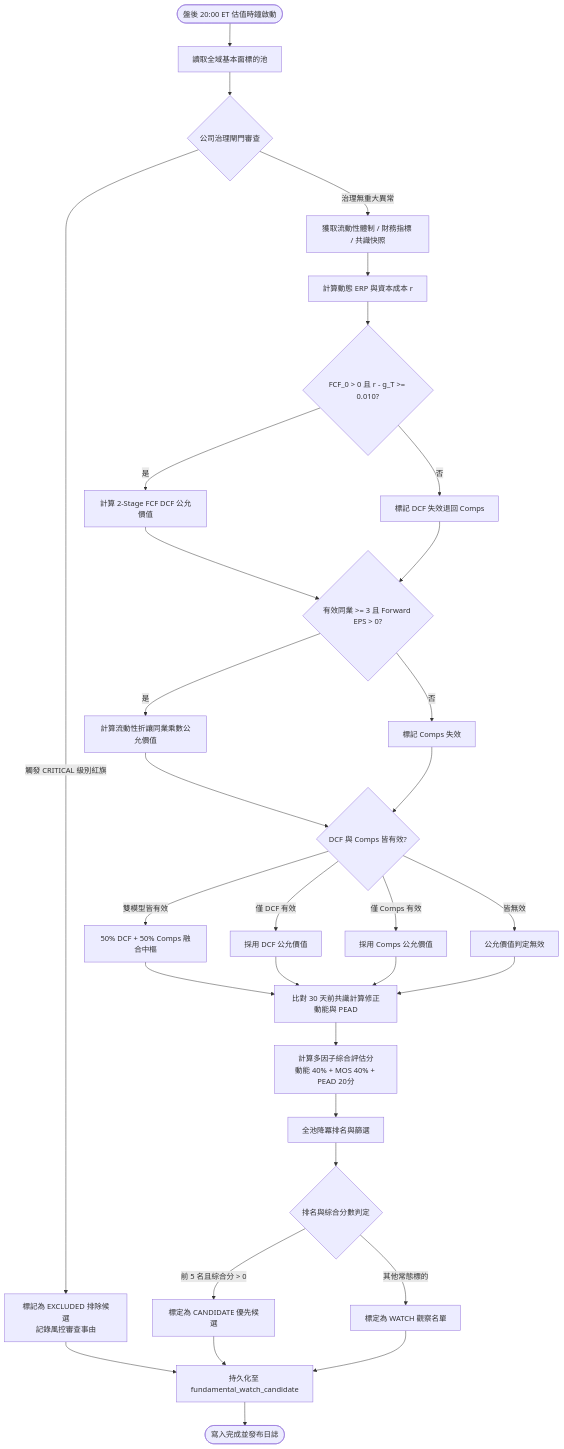
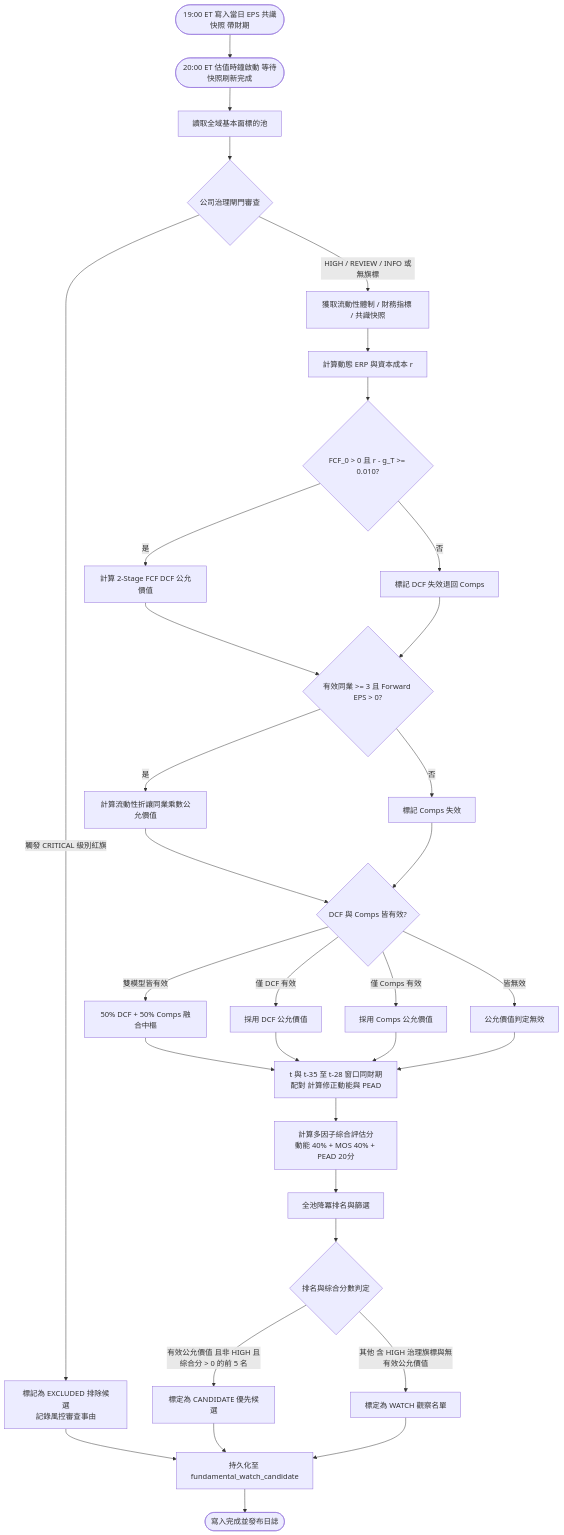
One commit to cosmo-chang-1701/nexus-seeker changed the diagram in docs/valuation_pricing/06_revision_momentum_and_fair_value.md. Above: the diagram before and after it, drawn with Mermaid. The commit also changed other lines of this file and 3 other files, not shown here.

````diff
--- a/docs/valuation_pricing/06_revision_momentum_and_fair_value.md
+++ b/docs/valuation_pricing/06_revision_momentum_and_fair_value.md
@@ -111,45 +127,46 @@
 ```mermaid
 flowchart TD
-    Start([盤後 20:00 ET 估值時鐘啟動]) --> Uni[讀取全域基本面標的池]
+    Snap([19:00 ET 寫入當日 EPS 共識快照 帶財期]) --> Start
+    Start([20:00 ET 估值時鐘啟動 等待快照刷新完成]) --> Uni[讀取全域基本面標的池]
     Uni --> GovCheck{公司治理閘門審查}
 
     GovCheck -->|觸發 CRITICAL 級別紅旗| Exclude[標記為 EXCLUDED 排除候選<br/>記錄風控審查事由]
-    GovCheck -->|治理無重大異常| FetchData[獲取流動性體制 / 財務指標 / 共識快照]
+    GovCheck -->|HIGH / REVIEW / INFO 或無旗標| FetchData[獲取流動性體制 / 財務指標 / 共識快照]
 
     FetchData --> MacroCalc[計算動態 ERP 與資本成本 r]
     MacroCalc --> DCFCheck{FCF_0 > 0 且 r - g_T >= 0.010?}
 
     DCFCheck -->|是| CalcDCF[計算 2-Stage FCF DCF 公允價值]
     DCFCheck -->|否| RejectDCF[標記 DCF 失效退回 Comps]
 
     CalcDCF --> CompsCheck{有效同業 >= 3 且 Forward EPS > 0?}
     RejectDCF --> CompsCheck
 
     CompsCheck -->|是| CalcComps[計算流動性折讓同業乘數公允價值]
     CompsCheck -->|否| RejectComps[標記 Comps 失效]
 
     CalcComps --> BlendFV{DCF 與 Comps 皆有效?}
     RejectComps --> BlendFV
 
     BlendFV -->|雙模型皆有效| BlendedVal[50% DCF + 50% Comps 融合中樞]
     BlendFV -->|僅 DCF 有效| DCFOnlyVal[採用 DCF 公允價值]
     BlendFV -->|僅 Comps 有效| CompsOnlyVal[採用 Comps 公允價值]
     BlendFV -->|皆無效| NullVal[公允價值判定無效]
 
-    BlendedVal --> RevCalc[比對 30 天前共識計算修正動能與 PEAD]
+    BlendedVal --> RevCalc[t 與 t-35 至 t-28 窗口同財期配對 計算修正動能與 PEAD]
     DCFOnlyVal --> RevCalc
     CompsOnlyVal --> RevCalc
     NullVal --> RevCalc
 
     RevCalc --> CompositeScore[計算多因子綜合評估分<br/>動能 40% + MOS 40% + PEAD 20分]
     CompositeScore --> RankSort[全池降冪排名與篩選]
 
     RankSort --> Classify{排名與綜合分數判定}
-    Classify -->|前 5 名且綜合分 > 0| Candidate[標定為 CANDIDATE 優先候選]
-    Classify -->|其他常態標的| Watch[標定為 WATCH 觀察名單]
+    Classify -->|有效公允價值 且非 HIGH 且綜合分 > 0 的前 5 名| Candidate[標定為 CANDIDATE 優先候選]
+    Classify -->|其他 含 HIGH 治理旗標與無有效公允價值| Watch[標定為 WATCH 觀察名單]
 
     Exclude --> SaveDB[持久化至 fundamental_watch_candidate]
     Candidate --> SaveDB
     Watch --> SaveDB
     SaveDB --> End([寫入完成並發布日誌])
 ```
````
